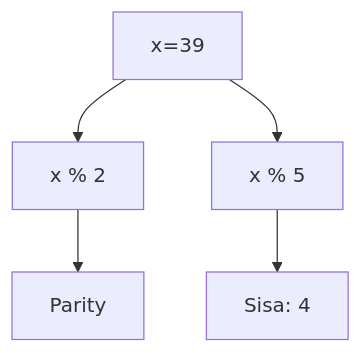
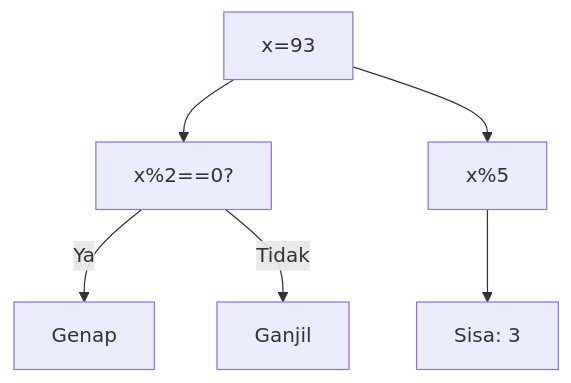
Before and after one commit to amnahwaida/OSNK_INF_PREP: diagram 19 of 25 in part-c-pemahaman-cpp/03-perulangan/latihan/set-04.md, drawn with Mermaid. The commit also changed other lines of this file and 71 other files, not shown here.

Commit message:
Fixed Mermaid syntax lexical errors with quoted labels in 1,800 questions

````diff
--- a/part-c-pemahaman-cpp/03-perulangan/latihan/set-04.md
+++ b/part-c-pemahaman-cpp/03-perulangan/latihan/set-04.md
@@ -509,7 +612,8 @@
 ```mermaid
 graph TD
-A[x=39] --> B[x % 2]
-B --> C[Parity]
-A --> D[x % 5]
-D --> E[Sisa: 4]
+A["x=93"] --> B["x%2==0?"]
+B -- Ya --> C["Genap"]
+B -- Tidak --> D["Ganjil"]
+A --> E["x%5"]
+E --> F["Sisa: 3"]
 ```
````
